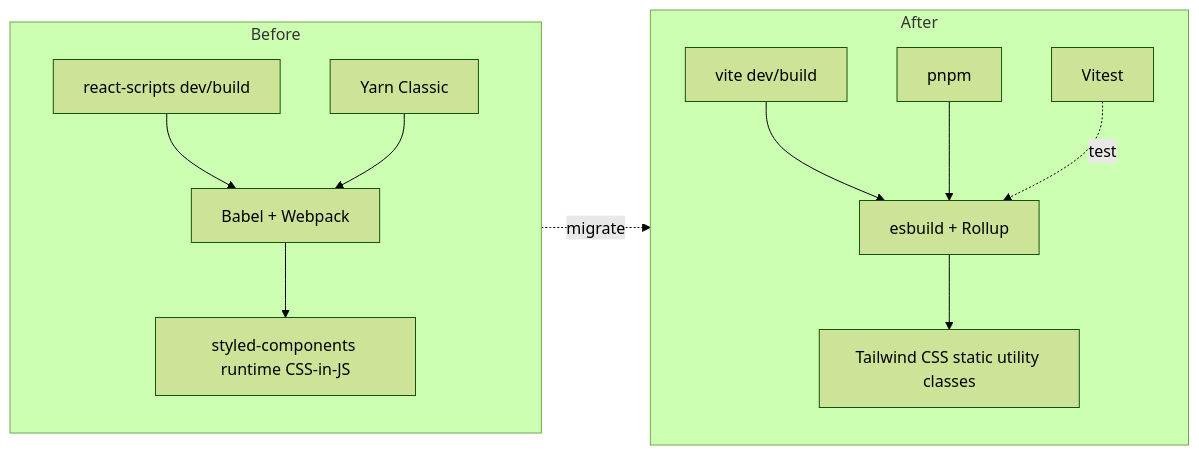
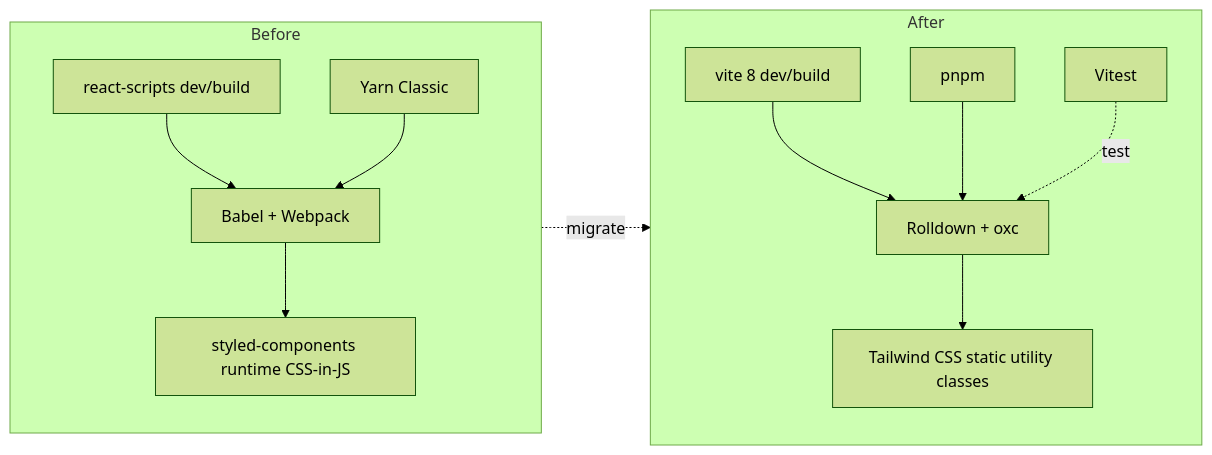
One commit to thetnaingtn/react-css-grid-generator changed the diagram in docs/PRDs/active/2026-05-24-0733-toolchain-refactor-vite-pnpm-tailwind.md. Above: the diagram before and after it, drawn with Mermaid (forest theme). The commit also changed other lines of this file and 4 other files, not shown here.

````diff
--- a/docs/PRDs/active/2026-05-24-0733-toolchain-refactor-vite-pnpm-tailwind.md
+++ b/docs/PRDs/active/2026-05-24-0733-toolchain-refactor-vite-pnpm-tailwind.md
@@ -72,15 +72,15 @@
 ```mermaid
 flowchart LR
   subgraph Before
     A1[react-scripts dev/build] --> A2[Babel + Webpack]
     A2 --> A3[styled-components runtime CSS-in-JS]
     A4[Yarn Classic] --> A2
   end
   subgraph After
-    B1[vite dev/build] --> B2[esbuild + Rollup]
+    B1[vite 8 dev/build] --> B2[Rolldown + oxc]
     B2 --> B3[Tailwind CSS static utility classes]
     B4[pnpm] --> B2
     B5[Vitest] -.test.-> B2
   end
   Before -. migrate .-> After
 ```
````
